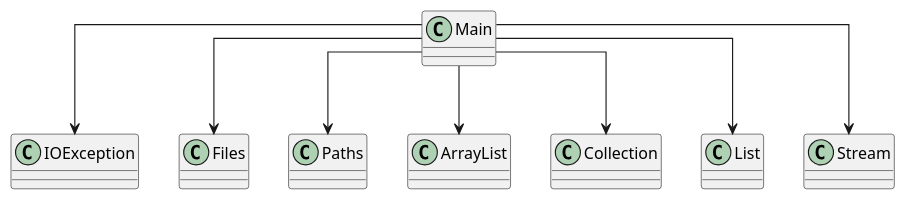
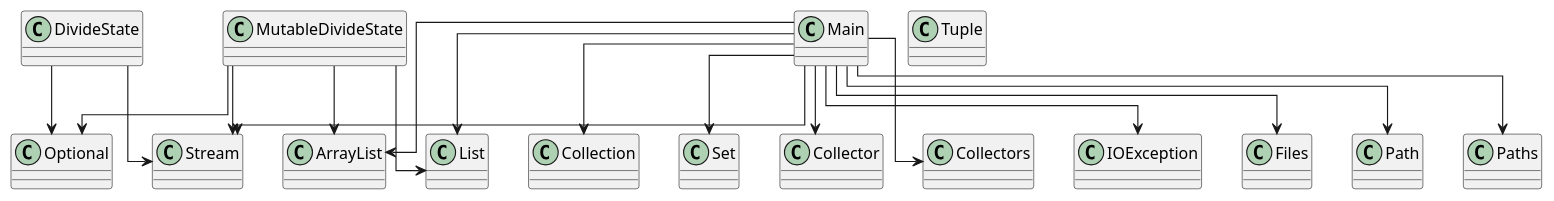
One commit to SirMathhman/Magma changed the diagram in diagram.puml. Above: the diagram before and after it, drawn with PlantUML. The commit also changed 1 other file, not shown here.

```diff
--- a/diagram.puml
+++ b/diagram.puml
@@ -1,11 +1,24 @@
 @startuml
 skinparam linetype ortho
+class MutableDivideState
+MutableDivideState --> ArrayList
+MutableDivideState --> List
+MutableDivideState --> Optional
+MutableDivideState --> Stream
+class DivideState
+DivideState --> Optional
+DivideState --> Stream
 class Main
 Main --> IOException
 Main --> Files
+Main --> Path
 Main --> Paths
 Main --> ArrayList
 Main --> Collection
 Main --> List
+Main --> Set
+Main --> Collector
+Main --> Collectors
 Main --> Stream
+class Tuple
 @enduml
```
